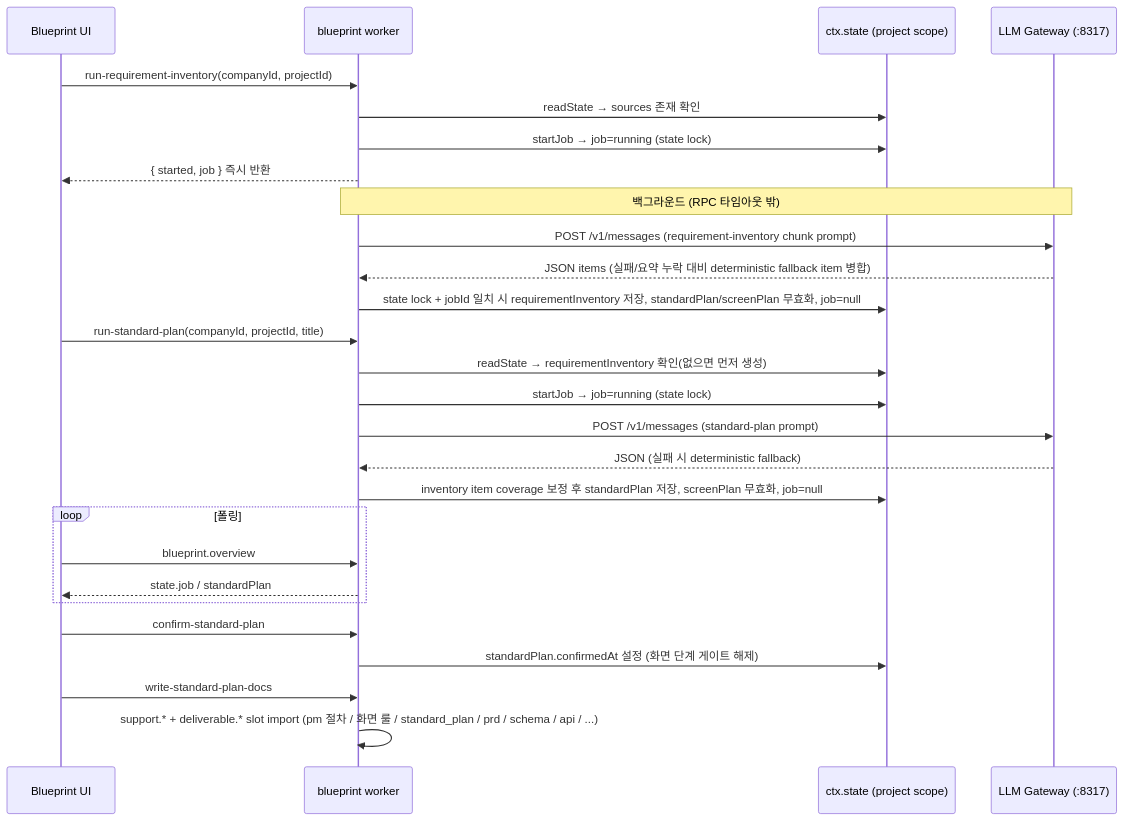
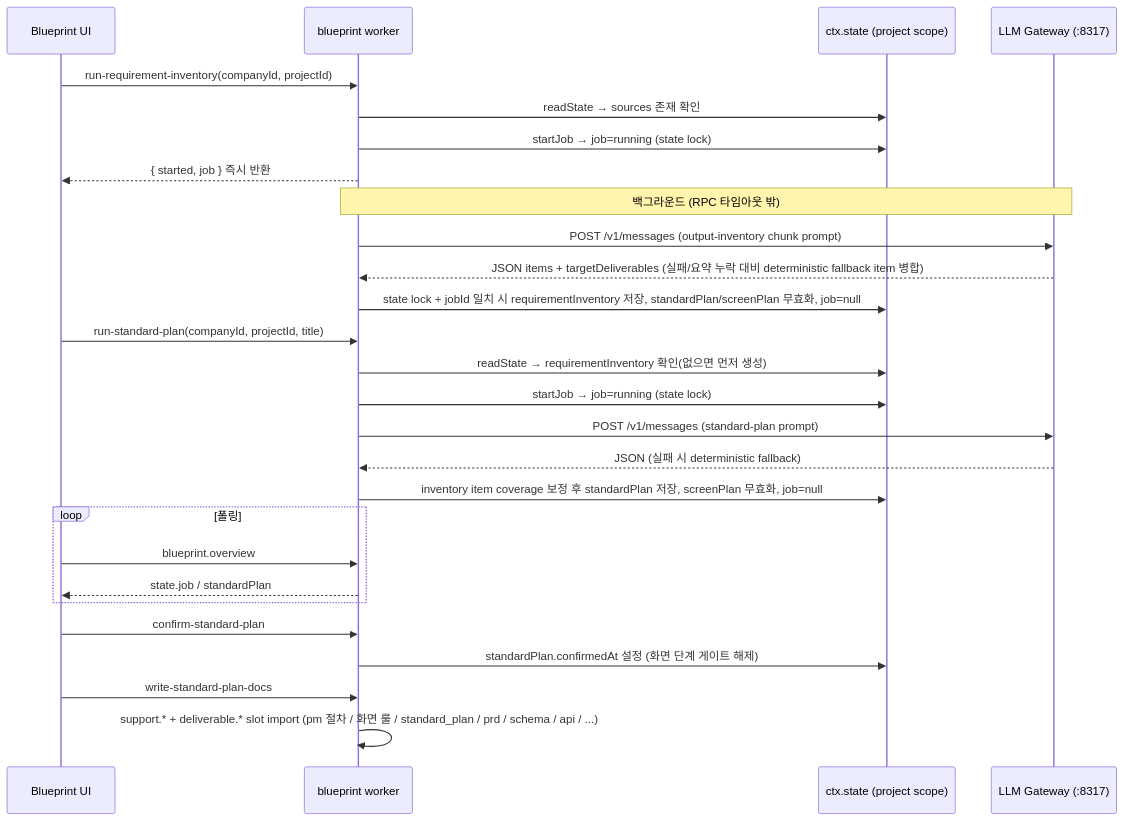
The third of 5 diagrams in bbr-plugins/builder/README.md (BBrightcode-atlas/company-os-v2), drawn with Mermaid before and after one commit. The commit also changed other lines of this file and 7 other files, not shown here.

````diff
--- a/bbr-plugins/builder/README.md
+++ b/bbr-plugins/builder/README.md
@@ -121,30 +121,30 @@
 ```mermaid
 sequenceDiagram
   participant UI as Blueprint UI
   participant W as blueprint worker
   participant S as ctx.state (project scope)
   participant L as LLM Gateway (:8317)
 
   UI->>W: run-requirement-inventory(companyId, projectId)
   W->>S: readState → sources 존재 확인
   W->>S: startJob → job=running (state lock)
   W-->>UI: { started, job } 즉시 반환
   Note over W,L: 백그라운드 (RPC 타임아웃 밖)
-  W->>L: POST /v1/messages (requirement-inventory chunk prompt)
-  L-->>W: JSON items (실패/요약 누락 대비 deterministic fallback item 병합)
+  W->>L: POST /v1/messages (output-inventory chunk prompt)
+  L-->>W: JSON items + targetDeliverables (실패/요약 누락 대비 deterministic fallback item 병합)
   W->>S: state lock + jobId 일치 시 requirementInventory 저장, standardPlan/screenPlan 무효화, job=null
   UI->>W: run-standard-plan(companyId, projectId, title)
   W->>S: readState → requirementInventory 확인(없으면 먼저 생성)
   W->>S: startJob → job=running (state lock)
   W->>L: POST /v1/messages (standard-plan prompt)
   L-->>W: JSON (실패 시 deterministic fallback)
   W->>S: inventory item coverage 보정 후 standardPlan 저장, screenPlan 무효화, job=null
   loop 폴링
     UI->>W: blueprint.overview
     W-->>UI: state.job / standardPlan
   end
   UI->>W: confirm-standard-plan
   W->>S: standardPlan.confirmedAt 설정 (화면 단계 게이트 해제)
   UI->>W: write-standard-plan-docs
   W->>W: support.* + deliverable.* slot import (pm 절차 / 화면 룰 / standard_plan / prd / schema / api / ...)
 ```
````
